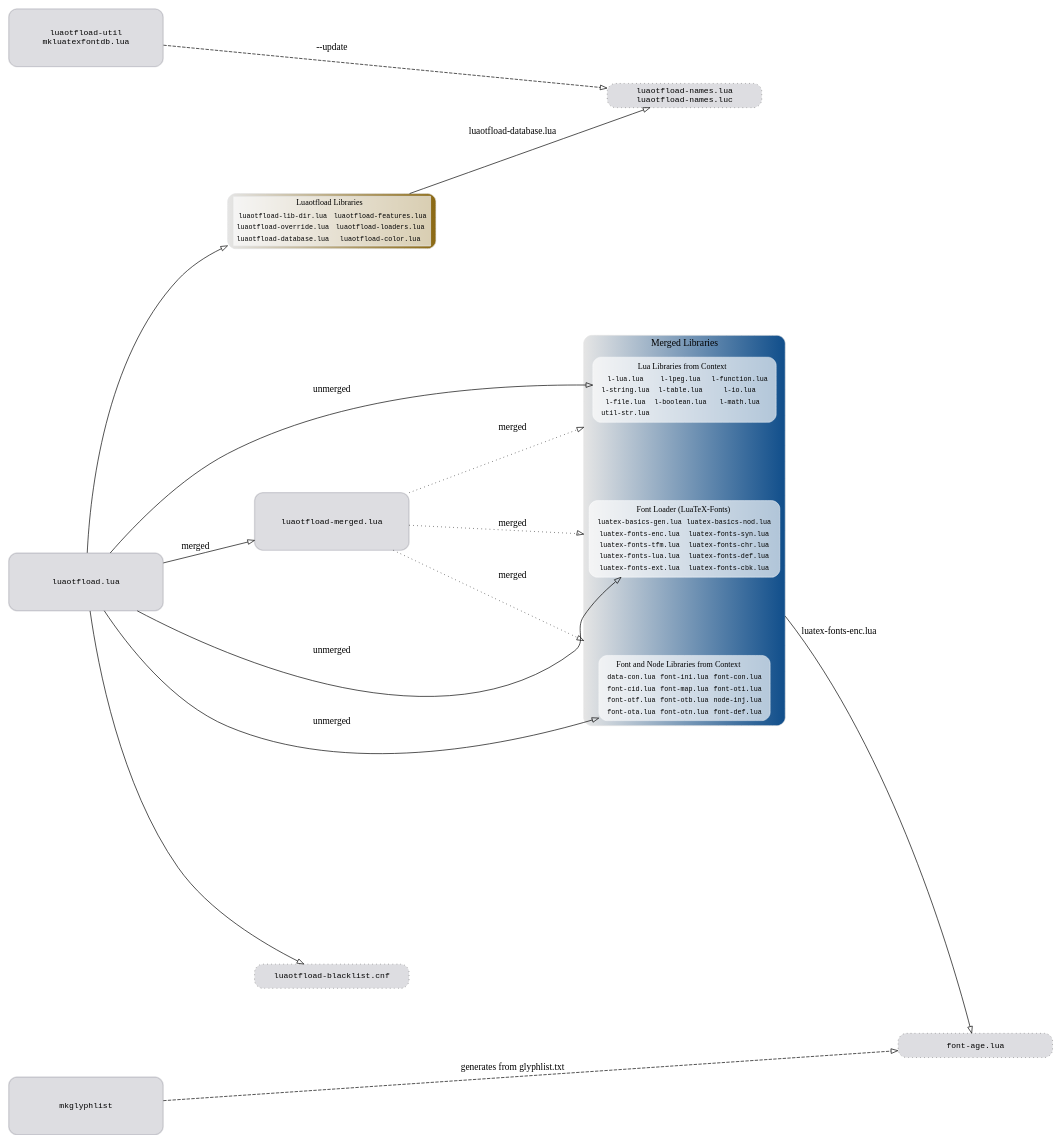
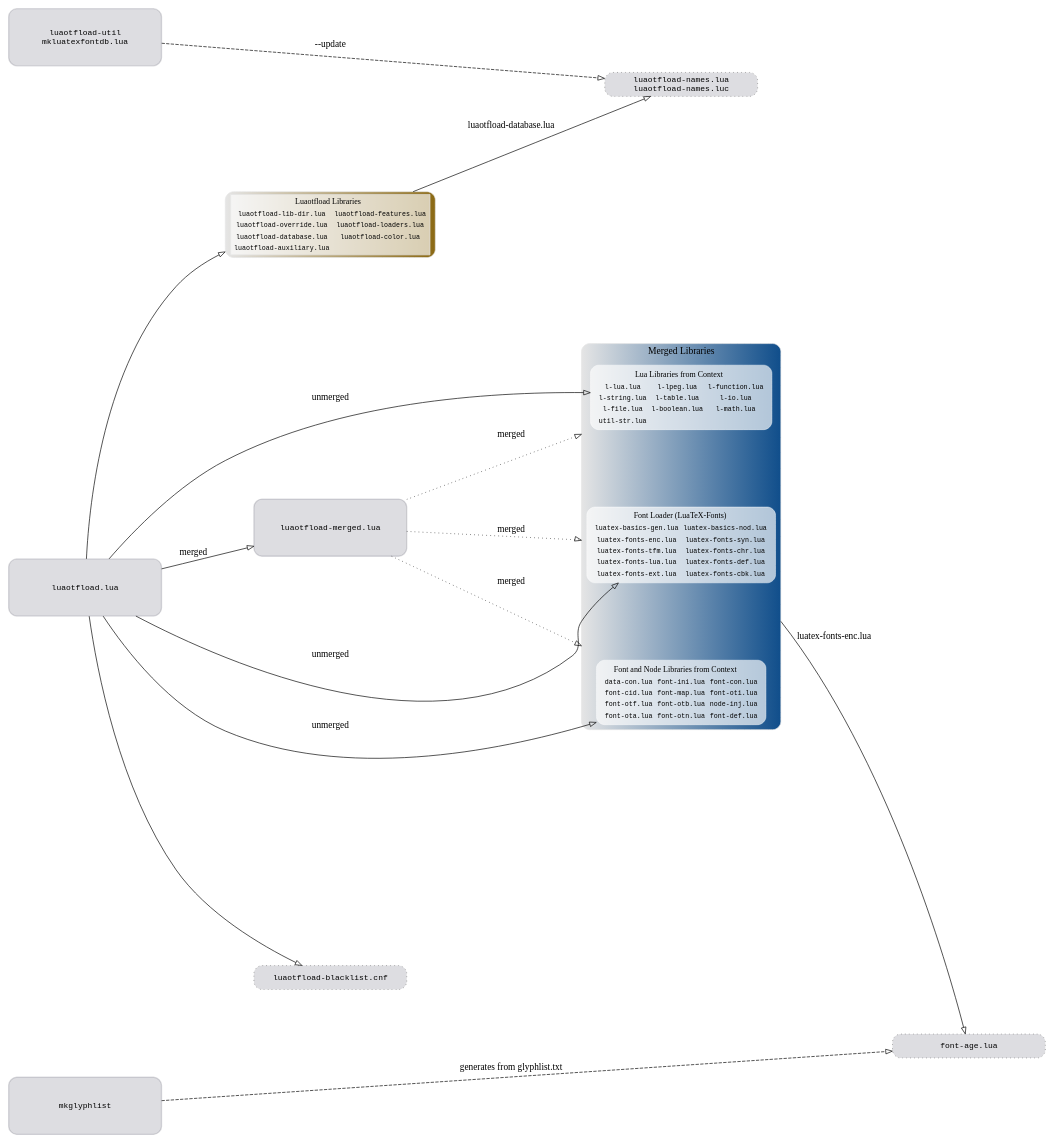
Before and after one commit to latex3/luaotfload: the diagram in filegraph.dot, drawn with Graphviz.

Commit message:
[doc] add auxlib to file graph

```diff
--- a/filegraph.dot
+++ b/filegraph.dot
@@ -139,9 +139,10 @@
         label      = <
             <table cellborder="0" bgcolor="#FFFFFFAA">
                 <th> <td colspan="2"> <font point-size="12" face="Iwona Italic">Luaotfload Libraries</font> </td> </th>
-                <tr> <td>luaotfload-lib-dir.lua</td>  <td>luaotfload-features.lua</td> </tr>
-                <tr> <td>luaotfload-override.lua</td> <td>luaotfload-loaders.lua</td>  </tr>
-                <tr> <td>luaotfload-database.lua</td> <td>luaotfload-color.lua</td>    </tr>
+                <tr> <td>luaotfload-lib-dir.lua</td>   <td>luaotfload-features.lua</td> </tr>
+                <tr> <td>luaotfload-override.lua</td>  <td>luaotfload-loaders.lua</td>  </tr>
+                <tr> <td>luaotfload-database.lua</td>  <td>luaotfload-color.lua</td>    </tr>
+                <tr> <td>luaotfload-auxiliary.lua</td>                                  </tr>
             </table>
         >,
     ]
```
